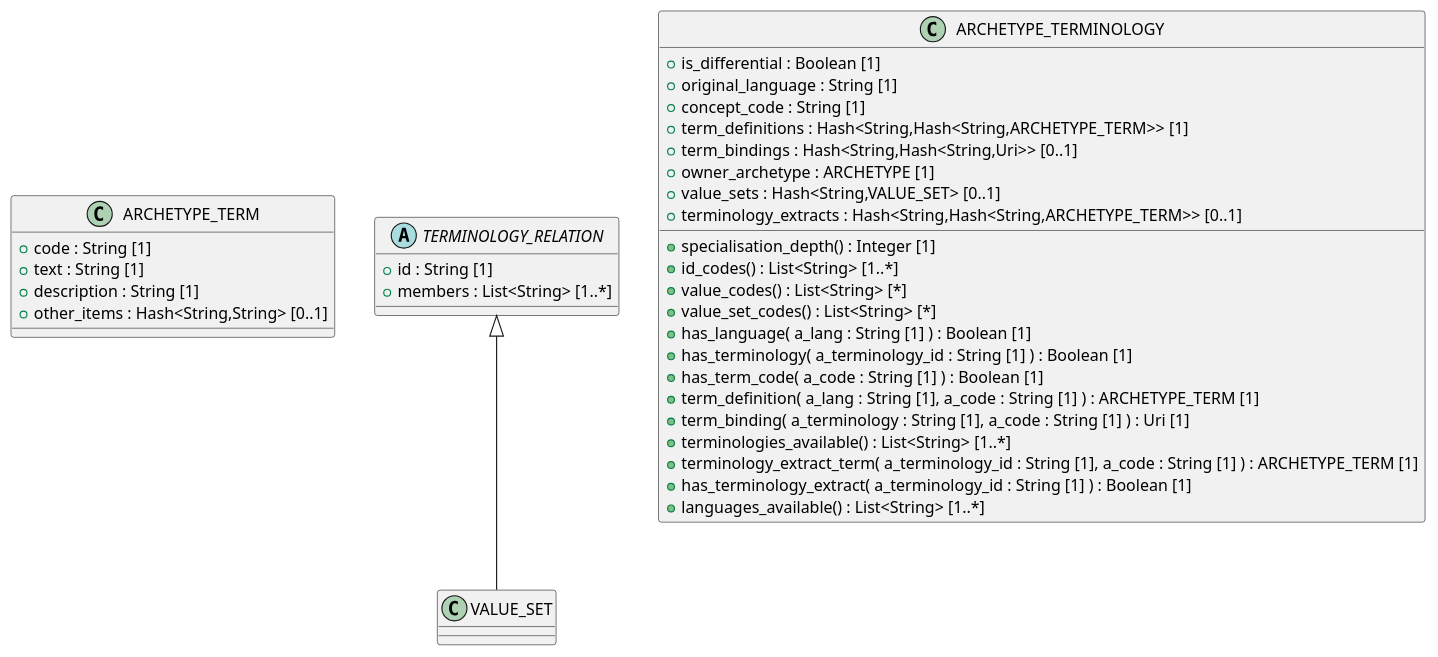
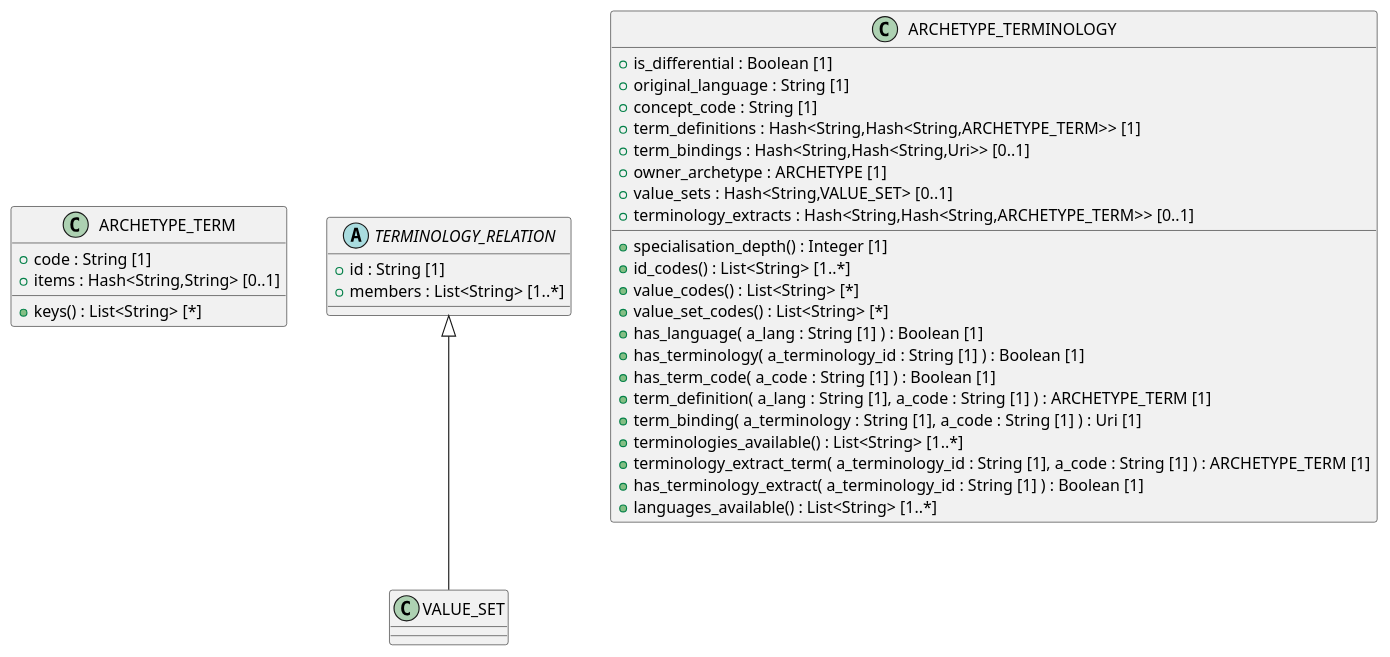
One commit to sebastian-iancu/code-generator changed the diagram in code/PlantUML/openehr_am_2.3.0/org.openehr.am.aom2.terminology.puml. Above: the diagram before and after it, drawn with PlantUML. The commit also changed 140 other files, not shown here.

Commit message:
regenerate plantUML variant

```diff
--- a/code/PlantUML/openehr_am_2.3.0/org.openehr.am.aom2.terminology.puml
+++ b/code/PlantUML/openehr_am_2.3.0/org.openehr.am.aom2.terminology.puml
@@ -1,44 +1,43 @@
 @startuml
 
 class ARCHETYPE_TERM {
   + code : String [1]
-  + text : String [1]
-  + description : String [1]
-  + other_items : Hash<String,String> [0..1]
+  + items : Hash<String,String> [0..1]
+  + keys() : List<String> [*]
 }
 
 abstract class TERMINOLOGY_RELATION {
   + id : String [1]
   + members : List<String> [1..*]
 }
 
 class VALUE_SET {
 }
 
 class ARCHETYPE_TERMINOLOGY {
   + is_differential : Boolean [1]
   + original_language : String [1]
   + concept_code : String [1]
   + term_definitions : Hash<String,Hash<String,ARCHETYPE_TERM>> [1]
   + term_bindings : Hash<String,Hash<String,Uri>> [0..1]
   + owner_archetype : ARCHETYPE [1]
   + value_sets : Hash<String,VALUE_SET> [0..1]
   + terminology_extracts : Hash<String,Hash<String,ARCHETYPE_TERM>> [0..1]
   + specialisation_depth() : Integer [1]
   + id_codes() : List<String> [1..*]
   + value_codes() : List<String> [*]
   + value_set_codes() : List<String> [*]
   + has_language( a_lang : String [1] ) : Boolean [1]
   + has_terminology( a_terminology_id : String [1] ) : Boolean [1]
   + has_term_code( a_code : String [1] ) : Boolean [1]
   + term_definition( a_lang : String [1], a_code : String [1] ) : ARCHETYPE_TERM [1]
   + term_binding( a_terminology : String [1], a_code : String [1] ) : Uri [1]
   + terminologies_available() : List<String> [1..*]
   + terminology_extract_term( a_terminology_id : String [1], a_code : String [1] ) : ARCHETYPE_TERM [1]
   + has_terminology_extract( a_terminology_id : String [1] ) : Boolean [1]
   + languages_available() : List<String> [1..*]
 }
 
 TERMINOLOGY_RELATION <|-- VALUE_SET
 
 @enduml
```
